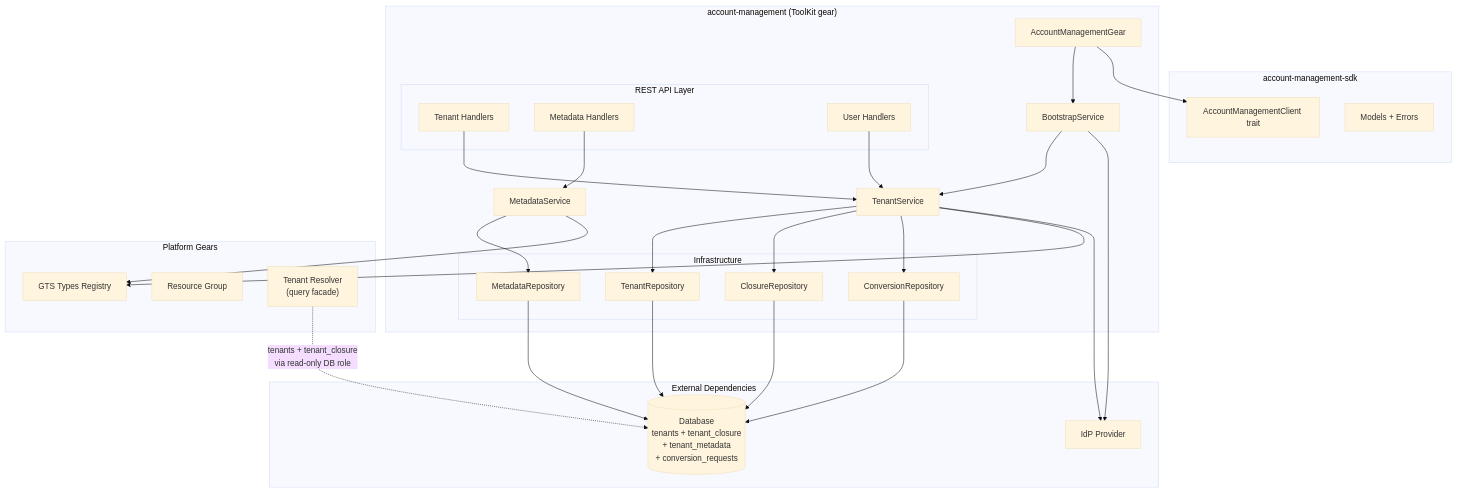
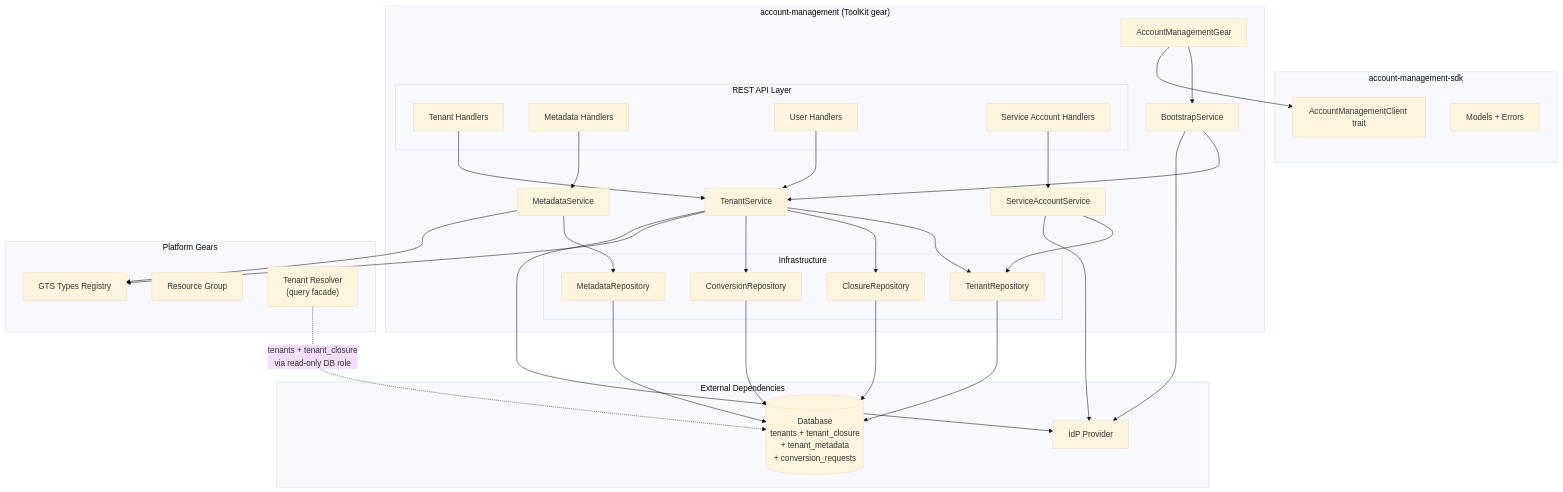
One commit to Andrei-Iliushin-Constructor/gears-rust changed the second of 9 diagrams in gears/system/account-management/docs/DESIGN.md. Above: the diagram before and after it, drawn with Mermaid (base theme). The commit also changed other lines of this file and 106 other files, not shown here.

````diff
--- a/gears/system/account-management/docs/DESIGN.md
+++ b/gears/system/account-management/docs/DESIGN.md
@@ -433,58 +438,63 @@
 ```mermaid
 graph TD
     subgraph SDK["account-management-sdk"]
         AC[AccountManagementClient trait]
         MODELS[Models + Errors]
     end
 
     subgraph MODULE["account-management (ToolKit gear)"]
         AM[AccountManagementGear]
         TS[TenantService]
         MS[MetadataService]
+        SPS[ServiceAccountService]
         BS[BootstrapService]
 
         subgraph API["REST API Layer"]
             TH[Tenant Handlers]
             MH[Metadata Handlers]
             UH[User Handlers]
+            SPH[Service Account Handlers]
         end
 
         subgraph INFRA["Infrastructure"]
             REPO[TenantRepository]
             CLOSURE_REPO[ClosureRepository]
             META_REPO[MetadataRepository]
             CONV_REPO[ConversionRepository]
         end
     end
 
     subgraph EXTERNAL["External Dependencies"]
         IDP[IdP Provider]
         DB[("Database<br>tenants + tenant_closure<br>+ tenant_metadata<br>+ conversion_requests")]
     end
 
     subgraph PLATFORM["Platform Gears"]
         GTS[GTS Types Registry]
         RG[Resource Group]
         TR["Tenant Resolver<br>(query facade)"]
     end
 
     TH --> TS
     MH --> MS
     UH --> TS
     TS --> REPO
     TS --> CLOSURE_REPO
     TS --> CONV_REPO
     TS --> GTS
     TS --> IDP
     MS --> META_REPO
     MS --> GTS
+    SPH --> SPS
+    SPS --> REPO
+    SPS --> IDP
     BS --> TS
     BS --> IDP
     REPO --> DB
     CLOSURE_REPO --> DB
     META_REPO --> DB
     CONV_REPO --> DB
     TR -.->|tenants + tenant_closure<br>via read-only DB role| DB
     AM --> BS
     AM --> AC
 ```
````
